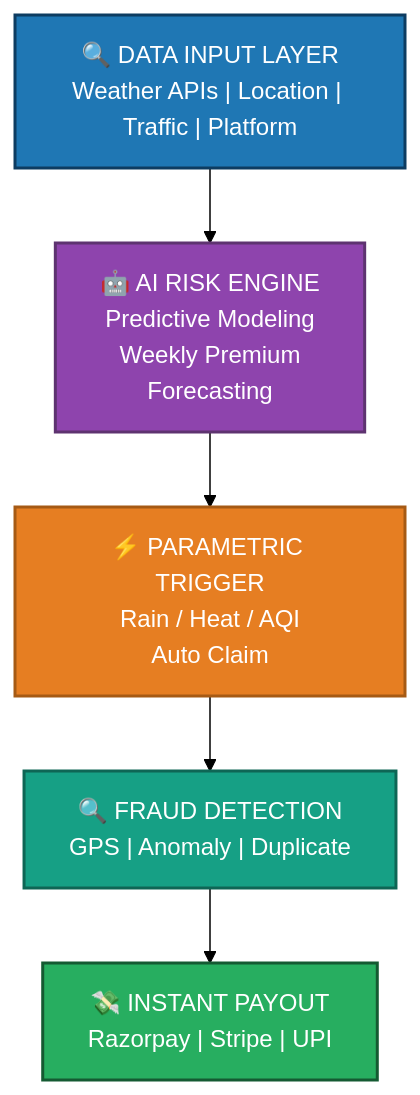
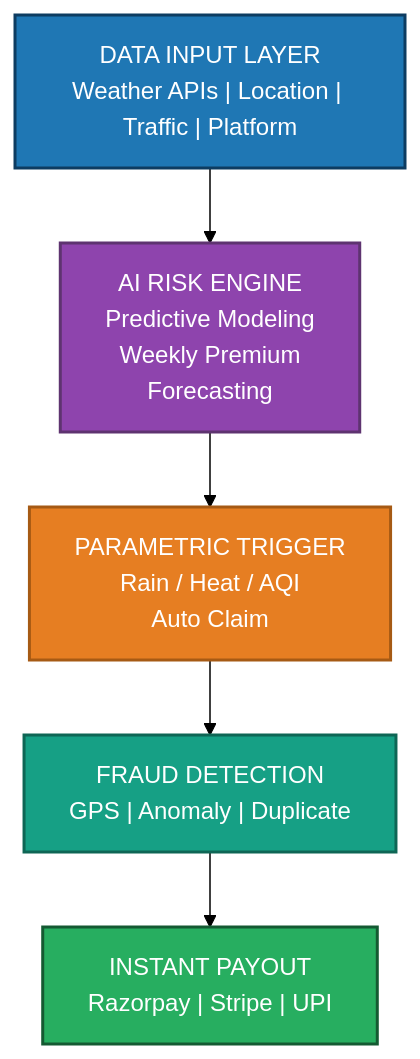
Before and after one commit to nilanshucodes/GigGuards: the first of 4 diagrams in README.md, drawn with Mermaid (forest theme). The commit also changed other lines of this file, not shown here.

````diff
--- a/README.md
+++ b/README.md
@@ -58,17 +60,17 @@
 ```mermaid
 flowchart TD
 
-A["🔍 DATA INPUT LAYER<br/>Weather APIs | Location | Traffic | Platform"]:::input
-B["🤖 AI RISK ENGINE<br/>Predictive Modeling<br/>Weekly Premium<br/>Forecasting"]:::ai
-C["⚡ PARAMETRIC TRIGGER<br/>Rain / Heat / AQI<br/>Auto Claim"]:::trigger
-D["🔍 FRAUD DETECTION<br/>GPS | Anomaly | Duplicate"]:::fraud
-E["💸 INSTANT PAYOUT<br/>Razorpay | Stripe | UPI"]:::payout
+A[" DATA INPUT LAYER<br/>Weather APIs | Location | Traffic | Platform"]:::input
+B[" AI RISK ENGINE<br/>Predictive Modeling<br/>Weekly Premium<br/>Forecasting"]:::ai
+C[" PARAMETRIC TRIGGER<br/>Rain / Heat / AQI<br/>Auto Claim"]:::trigger
+D[" FRAUD DETECTION<br/>GPS | Anomaly | Duplicate"]:::fraud
+E[" INSTANT PAYOUT<br/>Razorpay | Stripe | UPI"]:::payout
 
 A --> B --> C --> D --> E
 
 classDef input fill:#1f77b4,color:#fff,stroke:#0d3c61,stroke-width:2px;
 classDef ai fill:#8e44ad,color:#fff,stroke:#5e3370,stroke-width:2px;
 classDef trigger fill:#e67e22,color:#fff,stroke:#a65a14,stroke-width:2px;
 classDef fraud fill:#16a085,color:#fff,stroke:#0e6655,stroke-width:2px;
 classDef payout fill:#27ae60,color:#fff,stroke:#145a32,stroke-width:2px;
 ```
````
